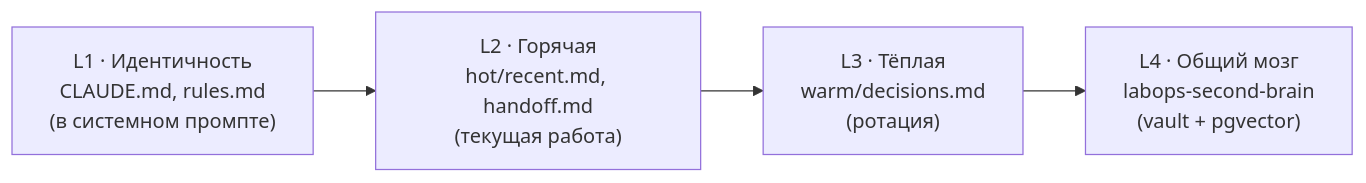
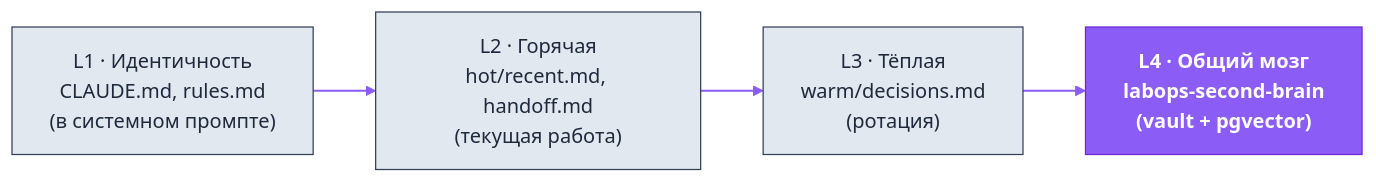
The first of 2 diagrams in README.ru.md (dediukhinpa/labops-second-brain), drawn with Mermaid before and after one commit. The commit also changed other lines of this file and 1 other file, not shown here.

First line of the commit message:
docs: brand-styled diagrams + GitHub alert callouts (EN+RU)

````diff
--- a/README.ru.md
+++ b/README.ru.md
@@ -105,8 +110,16 @@
 ```mermaid
+%%{init: {'theme':'base','themeVariables':{'primaryColor':'#EDE9FE','primaryTextColor':'#4C1D95','primaryBorderColor':'#8B5CF6','lineColor':'#8B5CF6','secondaryColor':'#F1F5F9','tertiaryColor':'#ffffff','fontFamily':'Helvetica,Arial,sans-serif'}}}%%
 flowchart LR
     L1["L1 · Идентичность<br/>CLAUDE.md, rules.md<br/>(в системном промпте)"]
     L2["L2 · Горячая<br/>hot/recent.md, handoff.md<br/>(текущая работа)"]
     L3["L3 · Тёплая<br/>warm/decisions.md<br/>(ротация)"]
     L4["L4 · Общий мозг<br/>labops-second-brain<br/>(vault + pgvector)"]
     L1 --> L2 --> L3 --> L4
+    classDef brand fill:#8B5CF6,stroke:#6D28D9,color:#ffffff,font-weight:bold
+    classDef ext fill:#CCFBF1,stroke:#0D9488,color:#0F766E
+    classDef store fill:#FEF3C7,stroke:#D97706,color:#92400E
+    classDef sys fill:#E2E8F0,stroke:#334155,color:#1E293B
+    linkStyle default stroke:#8B5CF6,stroke-width:1.5px
+    class L4 brand
+    class L1,L2,L3 sys
 ```
````
